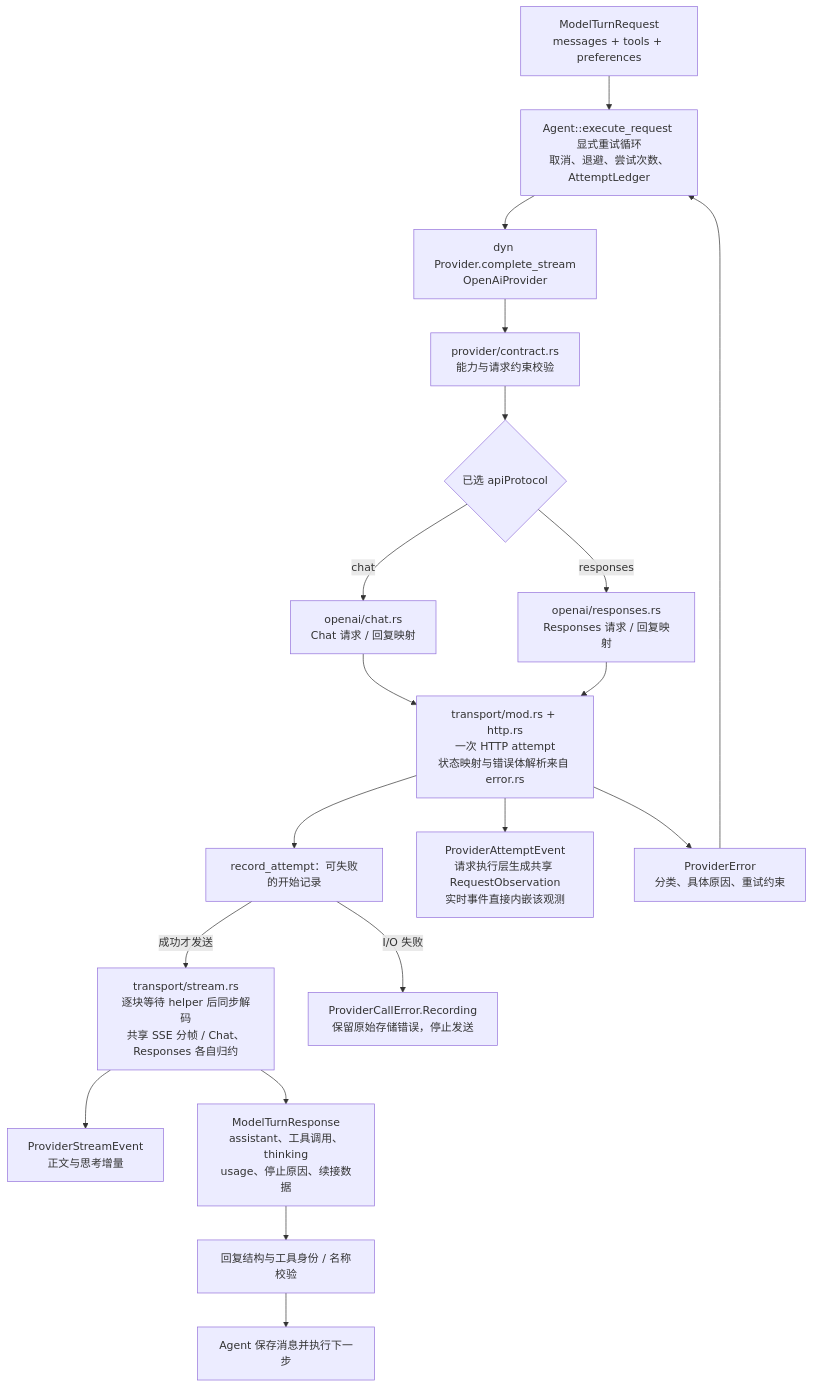
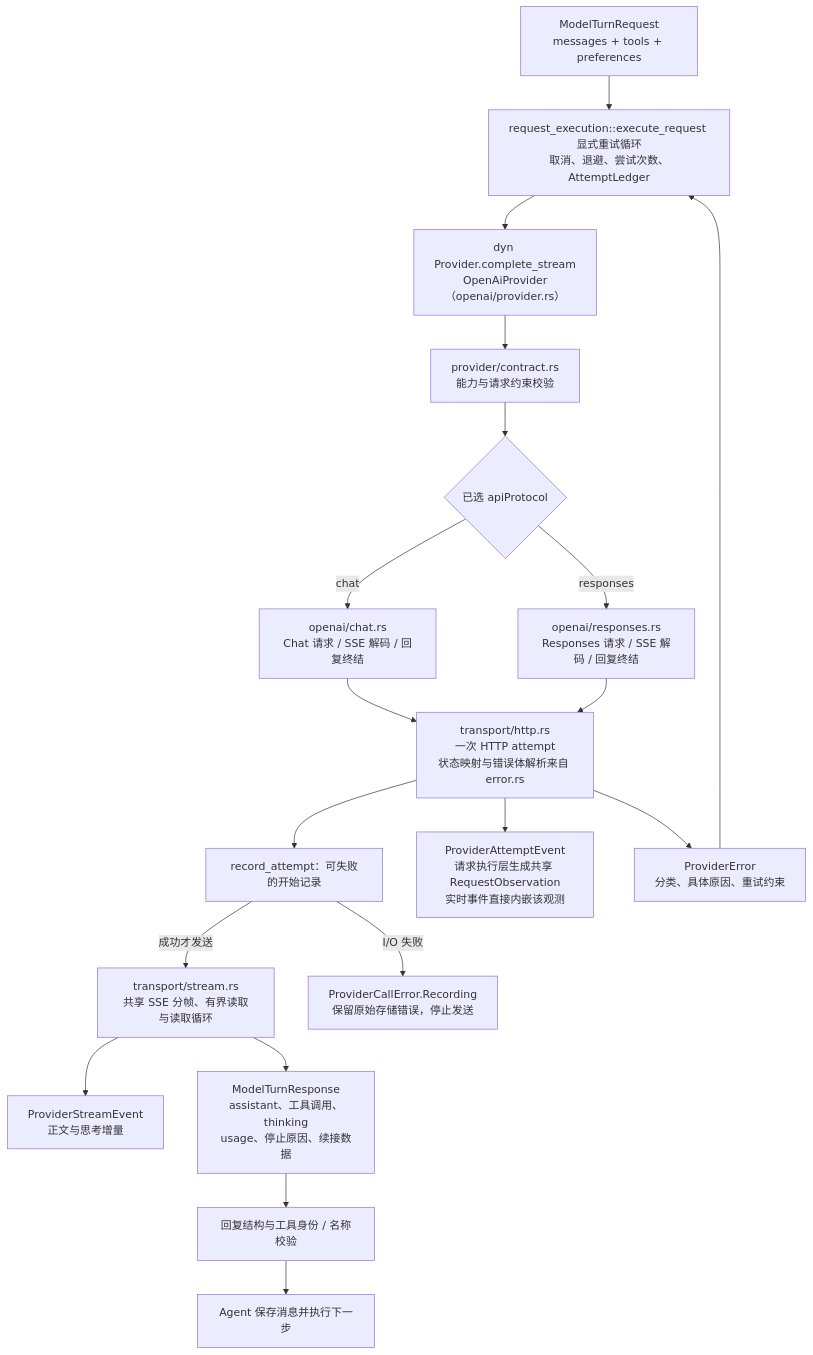
Diagram 19 of 29 in docs/singularity.md (qjcnmd/singularity-agent), drawn with Mermaid before and after one commit. The commit also changed other lines of this file and 60 other files, not shown here.

````diff
--- a/docs/singularity.md
+++ b/docs/singularity.md
@@ -520,21 +520,21 @@
 ```mermaid
 flowchart TB
-    Request["ModelTurnRequest<br/>messages + tools + preferences"] --> Retry["Agent::execute_request 显式重试循环<br/>取消、退避、尝试次数、AttemptLedger"]
-    Retry --> Provider["dyn Provider.complete_stream<br/>OpenAiProvider"]
+    Request["ModelTurnRequest<br/>messages + tools + preferences"] --> Retry["request_execution::execute_request 显式重试循环<br/>取消、退避、尝试次数、AttemptLedger"]
+    Retry --> Provider["dyn Provider.complete_stream<br/>OpenAiProvider（openai/provider.rs）"]
     Provider --> Validate["provider/contract.rs<br/>能力与请求约束校验"]
     Validate --> Protocol{"已选 apiProtocol"}
-    Protocol -->|"chat"| Chat["openai/chat.rs<br/>Chat 请求 / 回复映射"]
-    Protocol -->|"responses"| Responses["openai/responses.rs<br/>Responses 请求 / 回复映射"]
-    Chat --> Transport["transport/mod.rs + http.rs<br/>一次 HTTP attempt<br/>状态映射与错误体解析来自 error.rs"]
+    Protocol -->|"chat"| Chat["openai/chat.rs<br/>Chat 请求 / SSE 解码 / 回复终结"]
+    Protocol -->|"responses"| Responses["openai/responses.rs<br/>Responses 请求 / SSE 解码 / 回复终结"]
+    Chat --> Transport["transport/http.rs<br/>一次 HTTP attempt<br/>状态映射与错误体解析来自 error.rs"]
     Responses --> Transport
     Transport --> Record["record_attempt：可失败的开始记录"]
-    Record -->|"成功才发送"| SSE["transport/stream.rs<br/>逐块等待 helper 后同步解码<br/>共享 SSE 分帧 / Chat、Responses 各自归约"]
+    Record -->|"成功才发送"| SSE["transport/stream.rs<br/>共享 SSE 分帧、有界读取与读取循环"]
     SSE --> Deltas["ProviderStreamEvent<br/>正文与思考增量"]
     Record -->|"I/O 失败"| StorageError["ProviderCallError.Recording<br/>保留原始存储错误，停止发送"]
     Transport --> Attempts["ProviderAttemptEvent<br/>请求执行层生成共享 RequestObservation<br/>实时事件直接内嵌该观测"]
     SSE --> Reply["ModelTurnResponse<br/>assistant、工具调用、thinking<br/>usage、停止原因、续接数据"]
     Reply --> Check["回复结构与工具身份 / 名称校验"]
     Check --> Agent["Agent 保存消息并执行下一步"]
     Transport --> Error["ProviderError<br/>分类、具体原因、重试约束"]
     Error --> Retry
 ```
````
